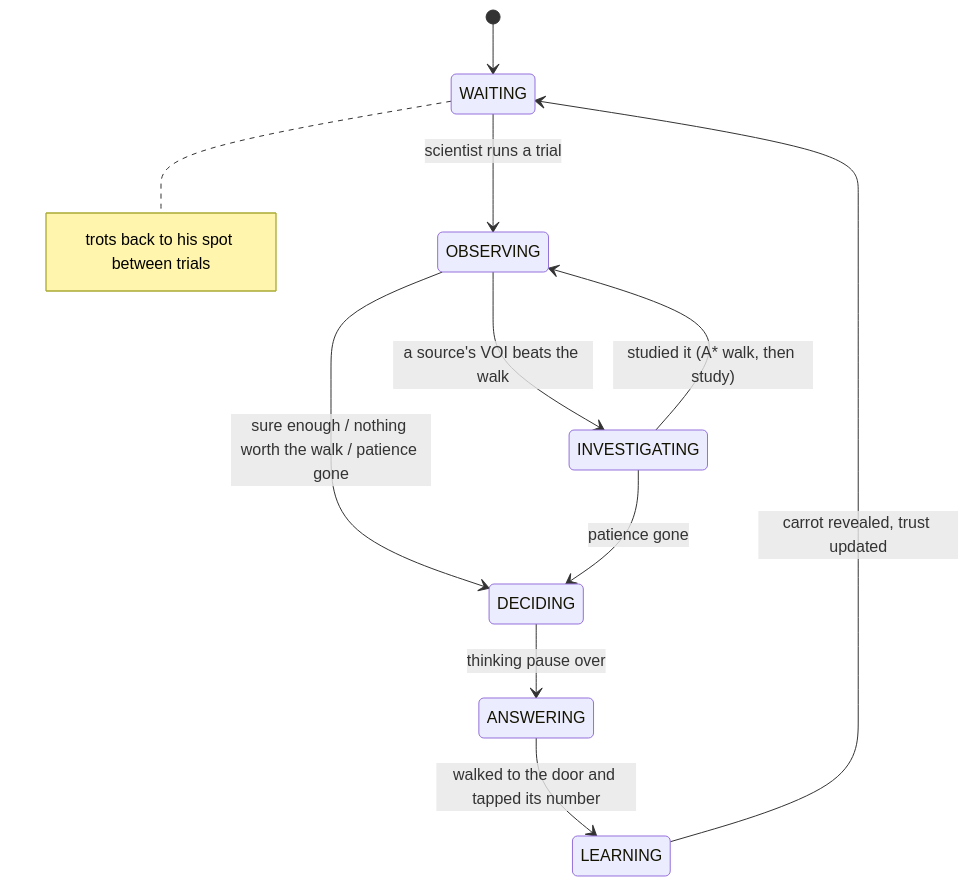
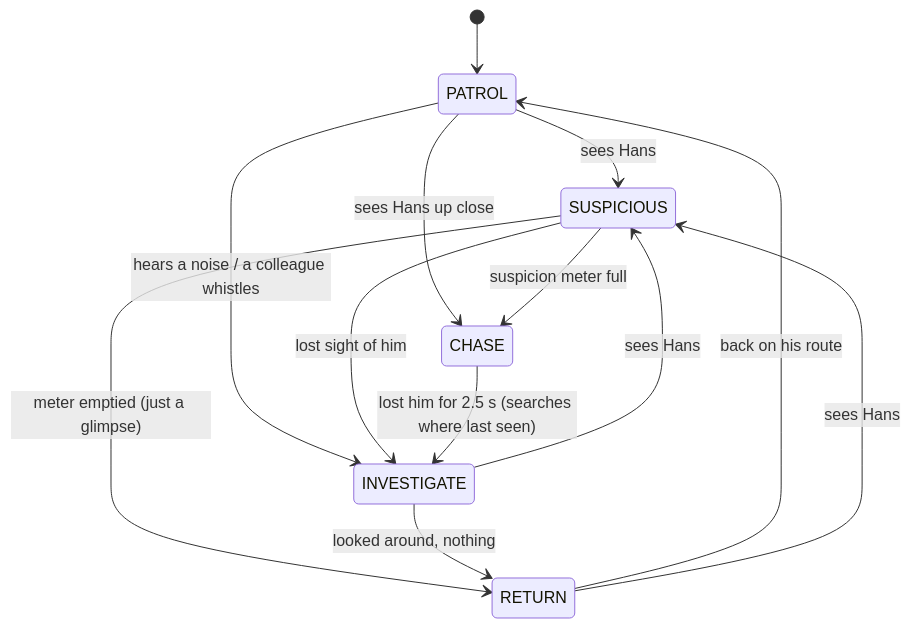
Before and after one commit to mhirez/hans: the diagram in docs/GAME_DESIGN.md, drawn with Mermaid. The commit also changed other lines of this file and 57 other files, not shown here.

````diff
--- a/docs/GAME_DESIGN.md
+++ b/docs/GAME_DESIGN.md
@@ -153,13 +80,15 @@
 ```mermaid
 stateDiagram-v2
-    [*] --> WAITING
-    WAITING --> OBSERVING: scientist runs a trial
-    note right of WAITING: trots back to his spot between trials
-    OBSERVING --> INVESTIGATING: a source's VOI beats the walk
-    OBSERVING --> DECIDING: sure enough / nothing worth the walk / patience gone
-    INVESTIGATING --> OBSERVING: studied it (A* walk, then study)
-    INVESTIGATING --> DECIDING: patience gone
-    DECIDING --> ANSWERING: thinking pause over
-    ANSWERING --> LEARNING: walked to the door and tapped its number
-    LEARNING --> WAITING: carrot revealed, trust updated
+    [*] --> PATROL
+    PATROL --> SUSPICIOUS: sees Hans
+    PATROL --> CHASE: sees Hans up close
+    PATROL --> INVESTIGATE: hears a noise / a colleague whistles
+    SUSPICIOUS --> CHASE: suspicion meter full
+    SUSPICIOUS --> INVESTIGATE: lost sight of him
+    SUSPICIOUS --> RETURN: meter emptied (just a glimpse)
+    INVESTIGATE --> SUSPICIOUS: sees Hans
+    INVESTIGATE --> RETURN: looked around, nothing
+    CHASE --> INVESTIGATE: lost him for 2.5 s (searches where last seen)
+    RETURN --> PATROL: back on his route
+    RETURN --> SUSPICIOUS: sees Hans
 ```
````
